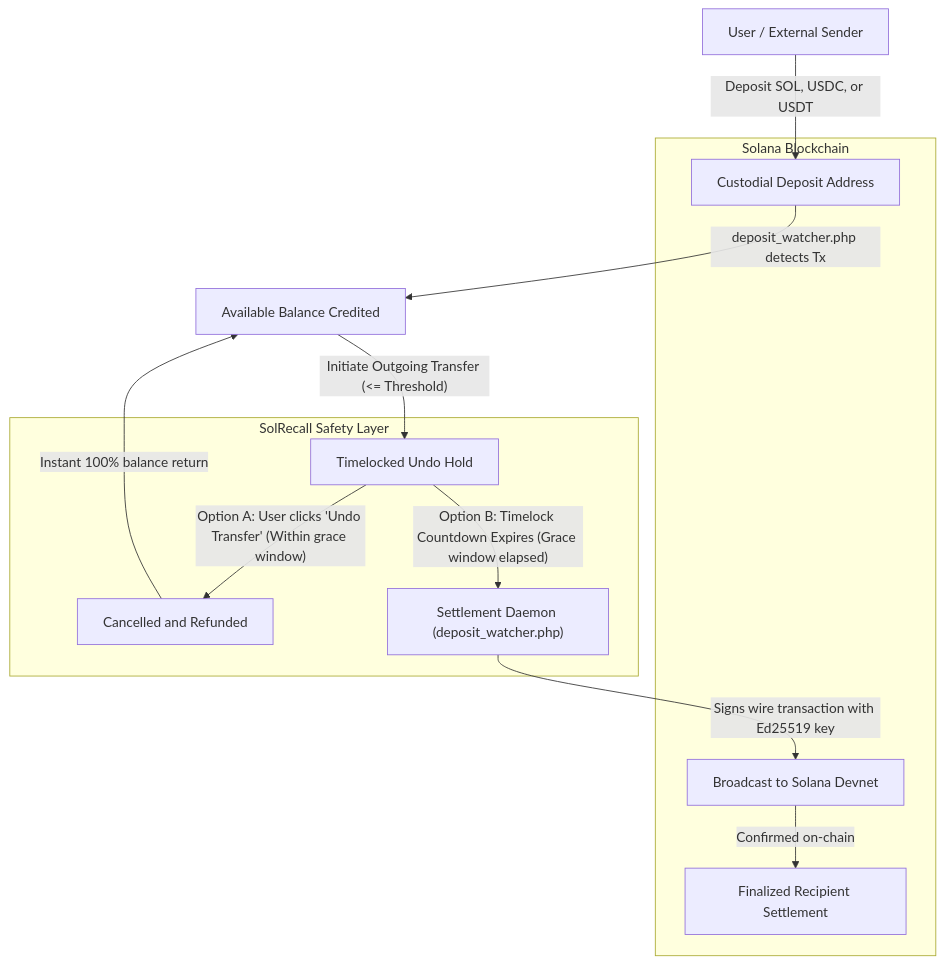
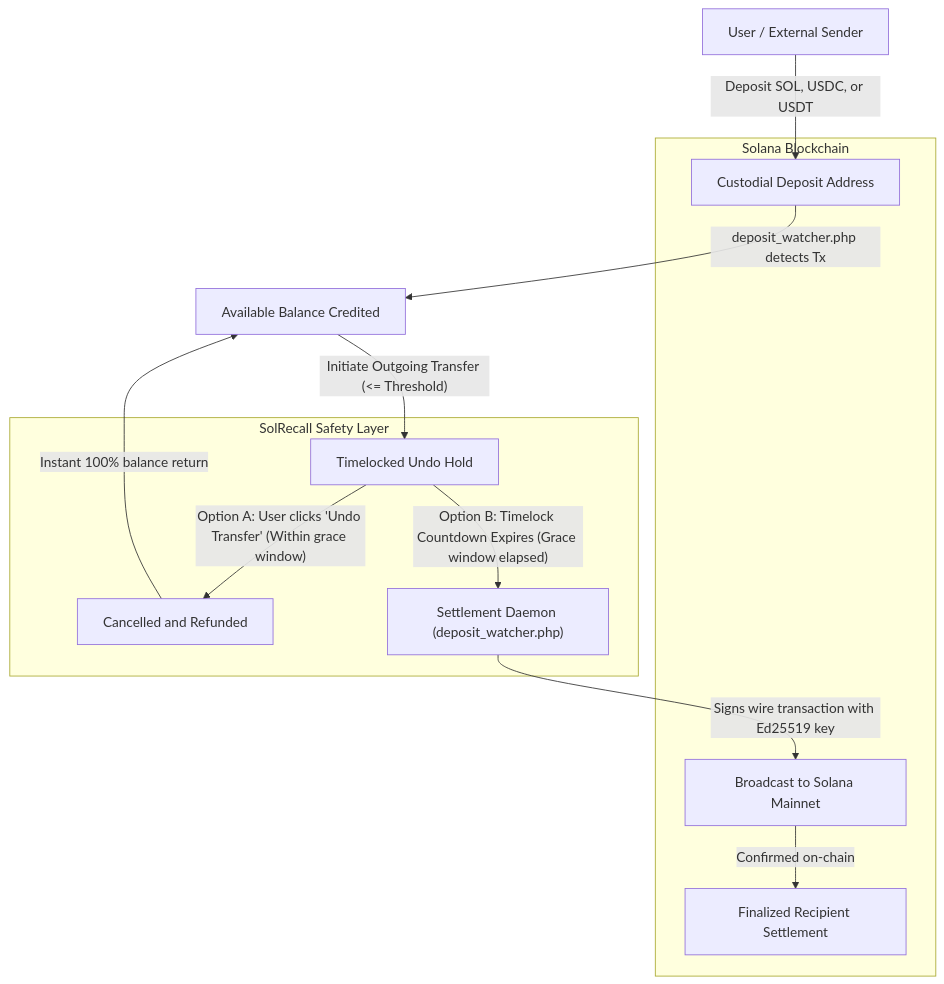
Before and after one commit to collinstheegod376/SolRecall: the diagram in README.md, drawn with Mermaid. The commit also changed other lines of this file and 9 other files, not shown here.

Commit message:
feat(chain): switch cluster and token mints from Solana Devnet to Solana Mainnet

````diff
--- a/README.md
+++ b/README.md
@@ -45,25 +45,25 @@
 ```mermaid
 flowchart TD
     A["User / External Sender"] -->|"Deposit SOL, USDC, or USDT"| B["Custodial Deposit Address"]
     B -->|"deposit_watcher.php detects Tx"| C["Available Balance Credited"]
     C -->|"Initiate Outgoing Transfer (<= Threshold)"| D["Timelocked Undo Hold"]
     
     D -->|"Option A: User clicks 'Undo Transfer' (Within grace window)"| E["Cancelled and Refunded"]
     E -->|"Instant 100% balance return"| C
 
     D -->|"Option B: Timelock Countdown Expires (Grace window elapsed)"| F["Settlement Daemon (deposit_watcher.php)"]
-    F -->|"Signs wire transaction with Ed25519 key"| G["Broadcast to Solana Devnet"]
+    F -->|"Signs wire transaction with Ed25519 key"| G["Broadcast to Solana Mainnet"]
     G -->|"Confirmed on-chain"| H["Finalized Recipient Settlement"]
 
     subgraph EscrowLayer ["SolRecall Safety Layer"]
         D
         E
         F
     end
 
     subgraph OnChain ["Solana Blockchain"]
         B
         G
         H
     end
 ```
````
